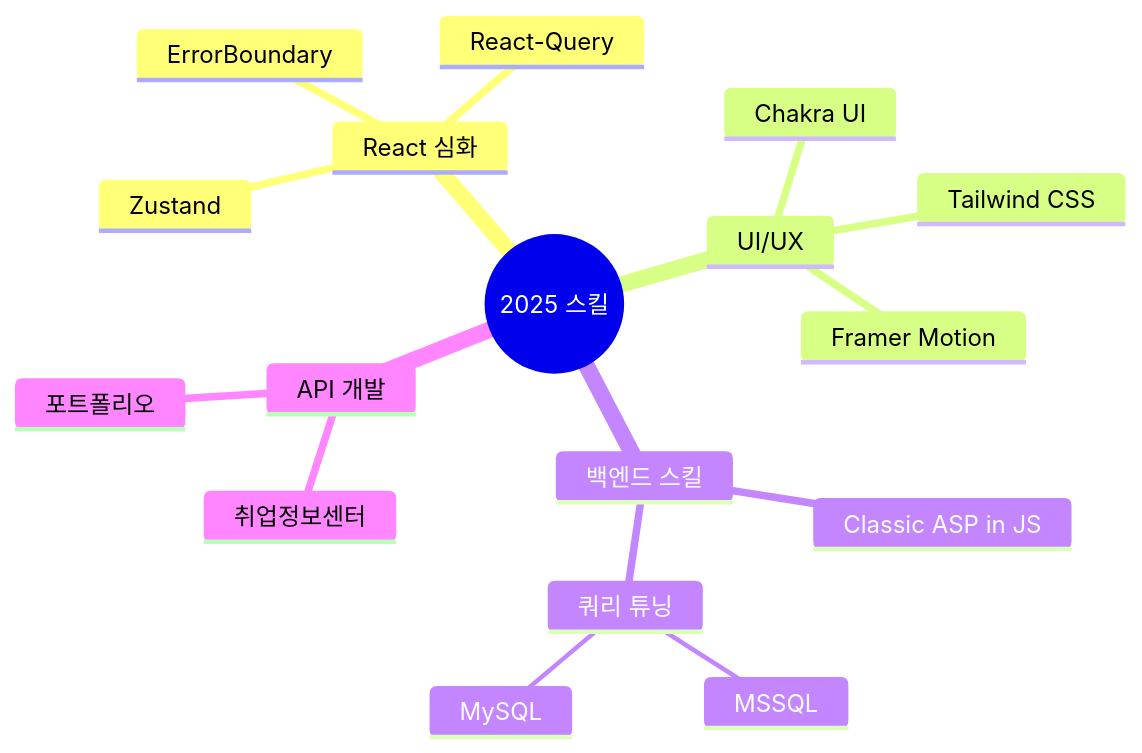
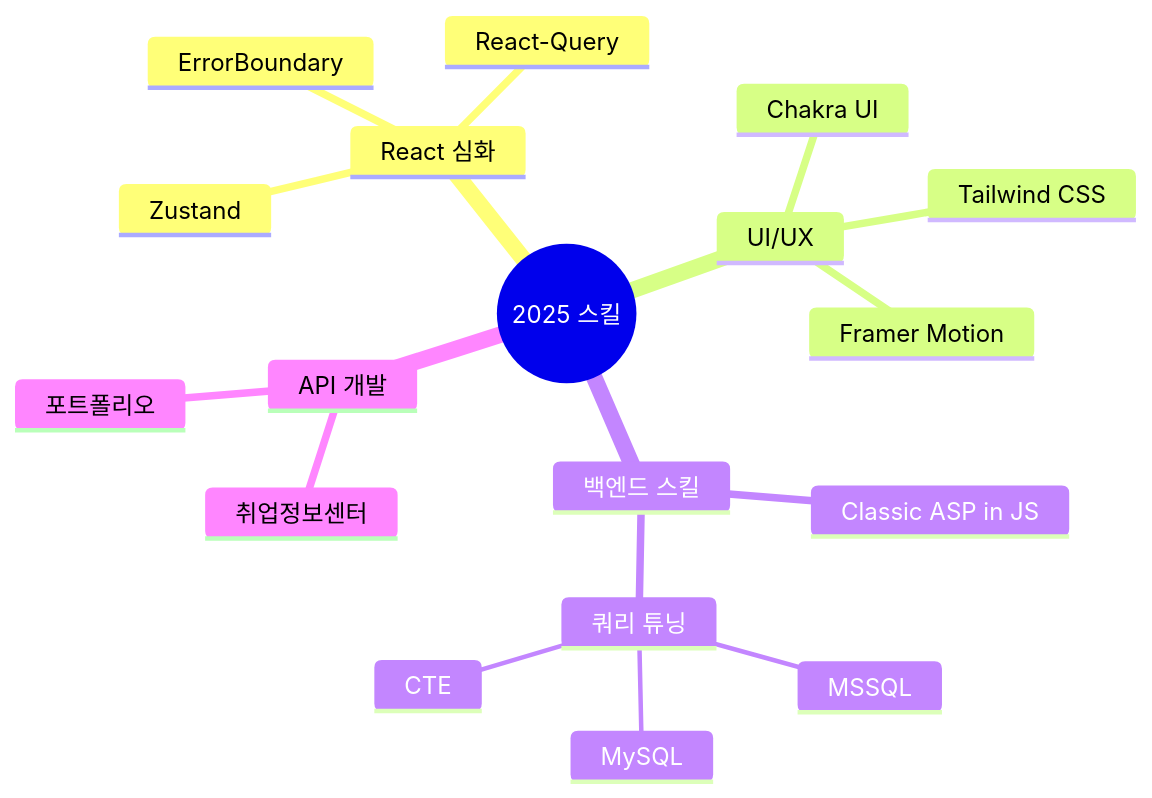
The diagram in README.md (SnowsFE/SnowsFE), drawn with Mermaid before and after one commit.

````diff
--- a/README.md
+++ b/README.md
@@ -145,20 +145,21 @@
 ```mermaid
 mindmap
   root((2025 스킬))
     React 심화
       Zustand
       React-Query
       ErrorBoundary
     UI/UX
       Chakra UI
       Tailwind CSS
       Framer Motion
     백엔드 스킬
       Classic ASP in JS
       쿼리 튜닝
         MSSQL
         MySQL
+        CTE
     API 개발
       취업정보센터
       포트폴리오
 ```
````
